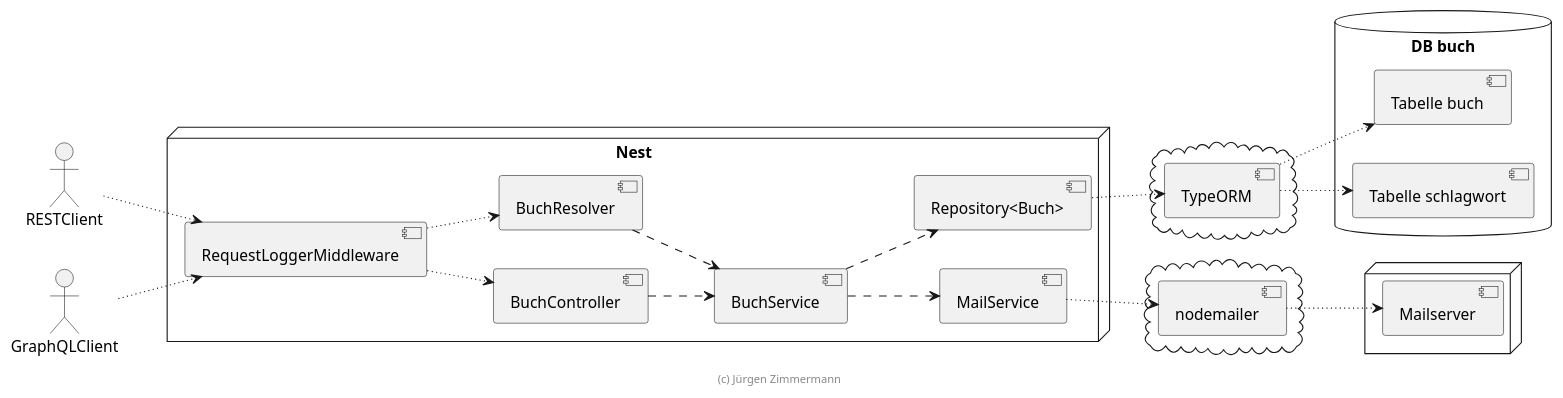
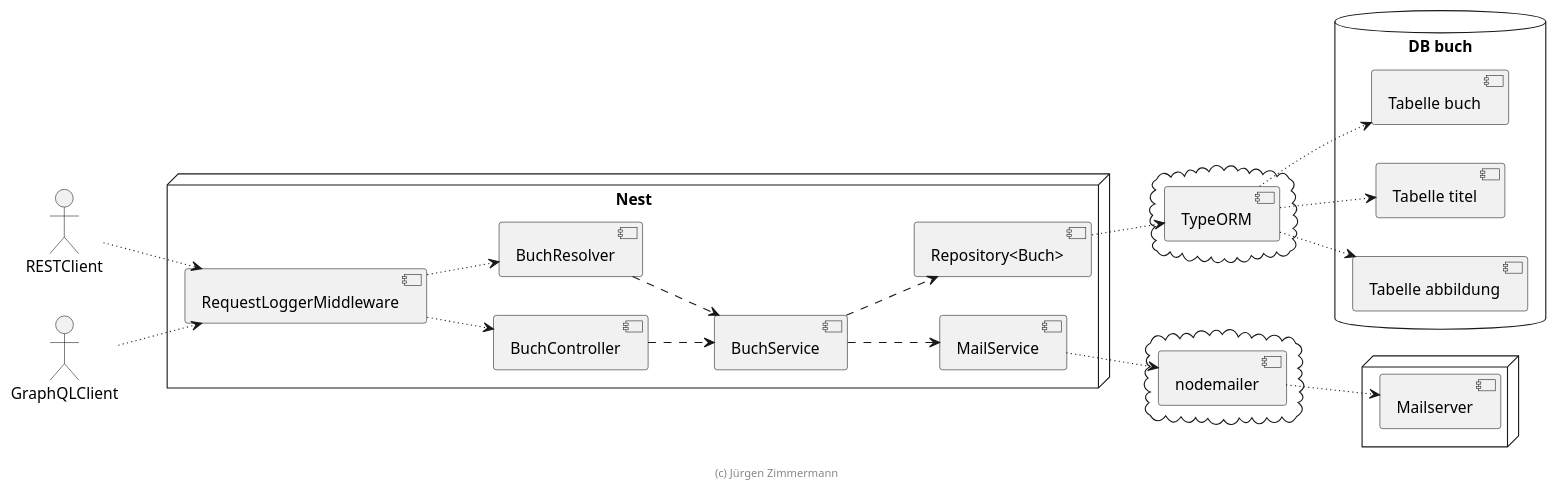
One commit to danielptv/buch changed the diagram in .extras/doc/entwicklerhandbuch/komponenten.plantuml. Above: the diagram before and after it, drawn with PlantUML. The commit also changed 9 other files, not shown here.

```diff
--- a/.extras/doc/entwicklerhandbuch/komponenten.plantuml
+++ b/.extras/doc/entwicklerhandbuch/komponenten.plantuml
@@ -18,59 +18,61 @@
 @startuml Komponenten
 
 left to right direction
 
 actor RESTClient
 actor GraphQLClient
 
 node "Nest" {
   [RequestLoggerMiddleware]
 
   [BuchController]
   [BuchResolver]
 
   [BuchService]
 
   [Repository<Buch>]
 
   [MailService]
 }
 
 
 cloud {
     [TypeORM]
 }
 
 cloud {
     [nodemailer]
 }
 
 database "DB buch" {
     [Tabelle buch]
-    [Tabelle schlagwort]
+    [Tabelle titel]
+    [Tabelle abbildung]
 }
 
 node {
     [Mailserver]
 }
 
 RESTClient ~~> [RequestLoggerMiddleware]
 GraphQLClient ~~> [RequestLoggerMiddleware]
 
 [RequestLoggerMiddleware] ~~> [BuchController]
 [RequestLoggerMiddleware] ~~> [BuchResolver]
 
 [BuchController] ..> [BuchService]
 [BuchResolver] ..> [BuchService]
 [BuchService] ..> [Repository<Buch>]
 
 [Repository<Buch>] ~~> [TypeORM]
 [TypeORM] ~~> [Tabelle buch]
-[TypeORM] ~~> [Tabelle schlagwort]
+[TypeORM] ~~> [Tabelle titel]
+[TypeORM] ~~> [Tabelle abbildung]
 
 [BuchService] ..> [MailService]
 [MailService] ~~> [nodemailer]
 [nodemailer] ~~> [Mailserver]
 
 footer (c) Jürgen Zimmermann
 
 @enduml
```
